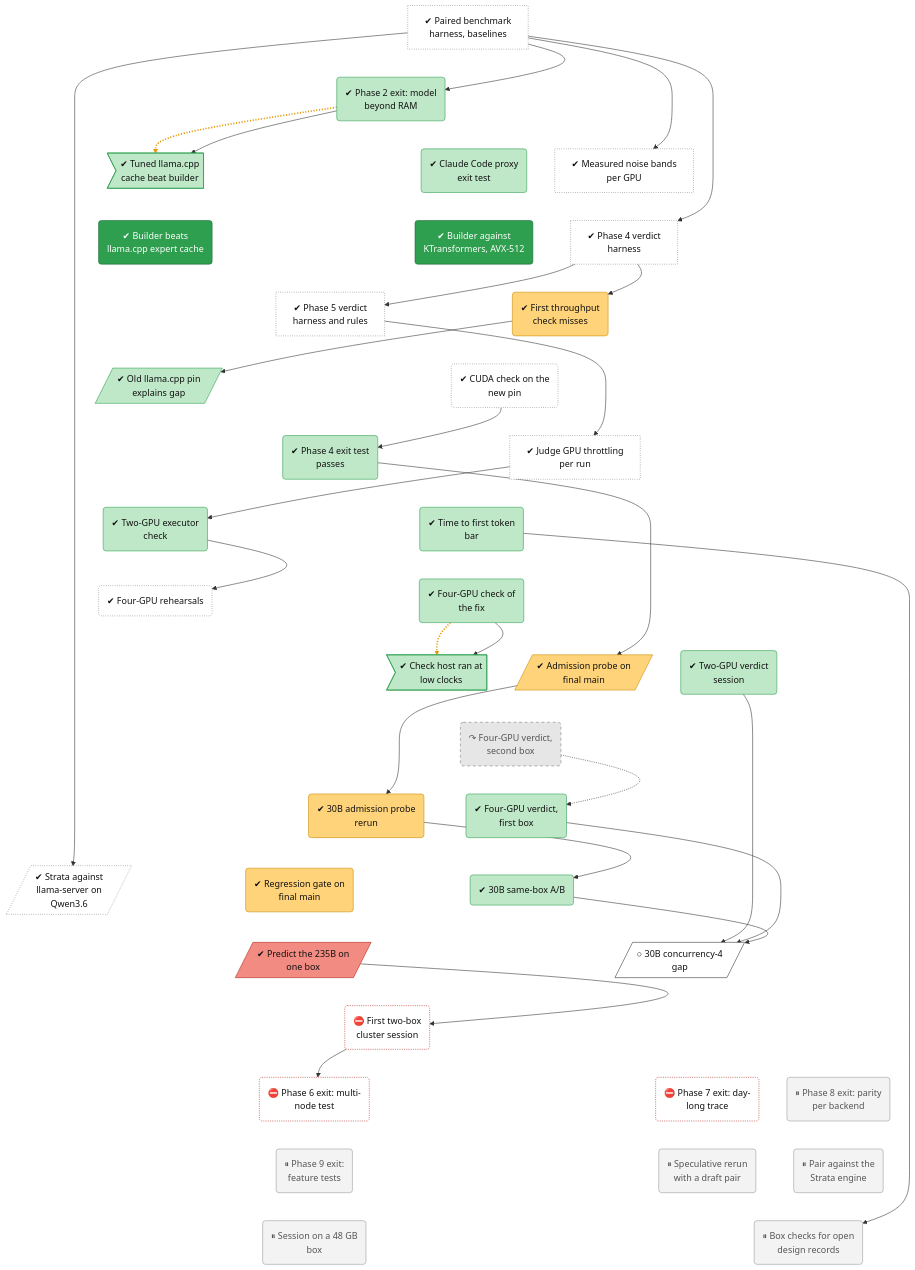
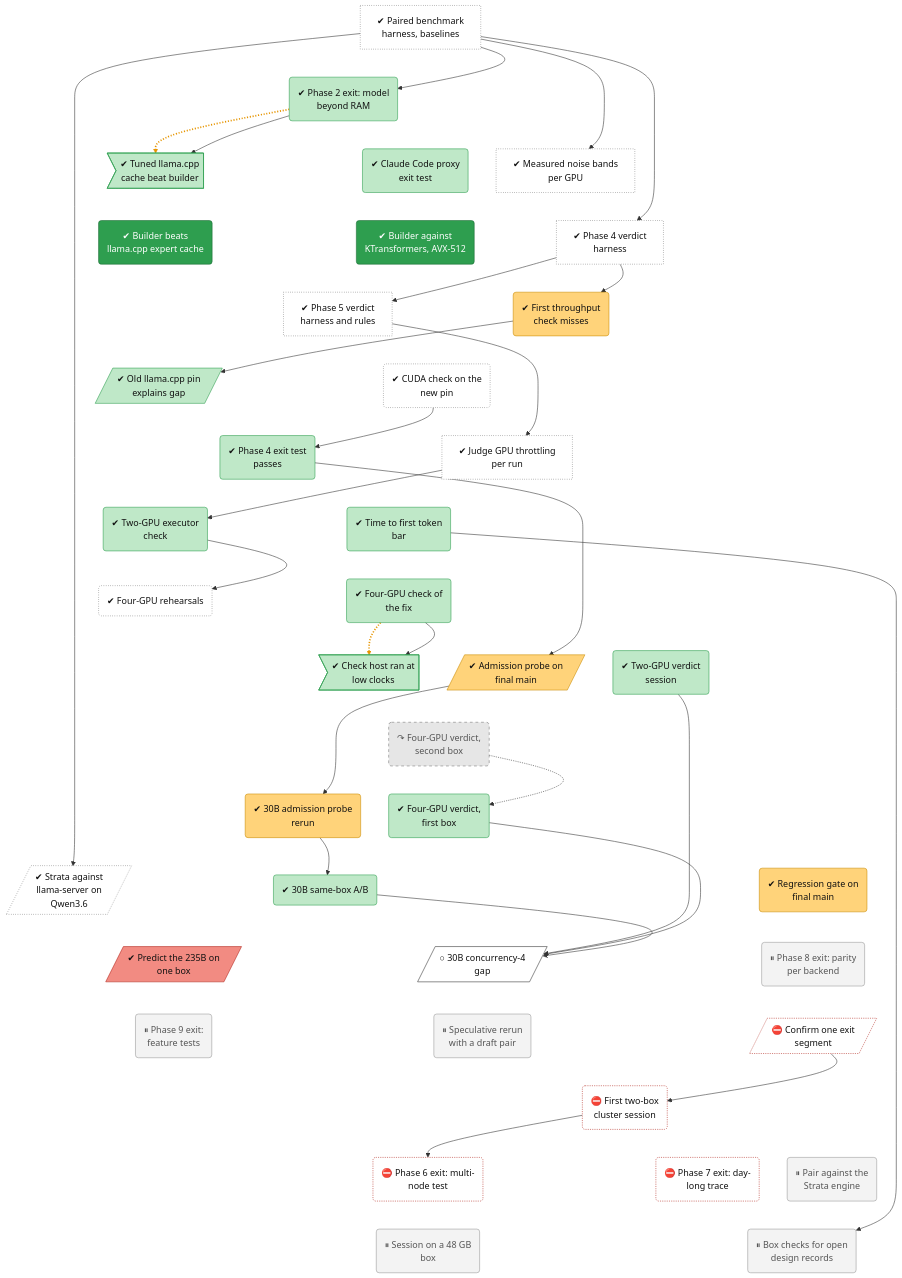
One commit to lhns/tetraeder changed the diagram in docs/roadmap/tracks/bench.md. Above: the diagram before and after it, drawn with Mermaid. The commit also changed other lines of this file and 9 other files, not shown here.

Commit message:
Owner 2026-11-24: the exit prompt's routing trace may price the judged prediction (ADR 0091 answer 6); tree nodes from the prediction diagnosis (node-predict check, RAM tier complement, exit segment harness, cost model 6, one-segment confirmation gating the rehearsal) (not measured)

````diff
--- a/docs/roadmap/tracks/bench.md
+++ b/docs/roadmap/tracks/bench.md
@@ -38,12 +38,13 @@
     bench_regression_gate("✔ Regression gate on<br/>final main")
     bench_235b_stream_predict[/"✔ Predict the 235B on<br/>one box"/]
     bench_30b_c4_gap[/"○ 30B concurrency-4<br/>gap"/]
+    bench_phase8_exit("⏸ Phase 8 exit: parity<br/>per backend")
+    bench_phase9_exit("⏸ Phase 9 exit:<br/>feature tests")
+    bench_spec_rerun("⏸ Speculative rerun<br/>with a draft pair")
+    bench_235b_segment_confirm[/"⛔ Confirm one exit<br/>segment"/]
     bench_phase6_rehearsal("⛔ First two-box<br/>cluster session")
     bench_phase6_exit("⛔ Phase 6 exit: multi-<br/>node test")
     bench_phase7_exit("⛔ Phase 7 exit: day-<br/>long trace")
-    bench_phase8_exit("⏸ Phase 8 exit: parity<br/>per backend")
-    bench_phase9_exit("⏸ Phase 9 exit:<br/>feature tests")
-    bench_spec_rerun("⏸ Speculative rerun<br/>with a draft pair")
     bench_strata_pairing("⏸ Pair against the<br/>Strata engine")
     bench_d1_session("⏸ Session on a 48 GB<br/>box")
     bench_open_records("⏸ Box checks for open<br/>design records")
@@ -78,17 +79,18 @@
     bench_d2a_30b ~~~ bench_regression_gate
     bench_ab30b ~~~ bench_235b_stream_predict
     bench_strata_q36 ~~~ bench_30b_c4_gap
-    bench_regression_gate ~~~ bench_30b_c4_gap
-    bench_235b_stream_predict ~~~ bench_phase6_rehearsal
-    bench_30b_c4_gap ~~~ bench_phase6_rehearsal
+    bench_regression_gate ~~~ bench_phase8_exit
+    bench_235b_stream_predict ~~~ bench_phase9_exit
+    bench_30b_c4_gap ~~~ bench_spec_rerun
+    bench_phase8_exit ~~~ bench_235b_segment_confirm
+    bench_phase9_exit ~~~ bench_phase6_rehearsal
+    bench_spec_rerun ~~~ bench_phase6_rehearsal
+    bench_235b_segment_confirm ~~~ bench_phase6_rehearsal
     bench_phase6_rehearsal ~~~ bench_phase6_exit
     bench_phase6_rehearsal ~~~ bench_phase7_exit
-    bench_phase6_rehearsal ~~~ bench_phase8_exit
-    bench_phase6_exit ~~~ bench_phase9_exit
-    bench_phase7_exit ~~~ bench_spec_rerun
-    bench_phase8_exit ~~~ bench_strata_pairing
-    bench_phase9_exit ~~~ bench_d1_session
-    bench_spec_rerun ~~~ bench_open_records
+    bench_phase6_rehearsal ~~~ bench_strata_pairing
+    bench_phase6_exit ~~~ bench_d1_session
+    bench_phase7_exit ~~~ bench_open_records
     bench_strata_pairing ~~~ bench_open_records
     bench_harness --> bench_phase2_exit
     bench_phase2_exit -.-> bench_defect_tuned_cache
@@ -112,10 +114,10 @@
     bench_v2_verdict --> bench_30b_c4_gap
     bench_v4a_verdict --> bench_30b_c4_gap
     bench_ab30b --> bench_30b_c4_gap
-    bench_235b_stream_predict --> bench_phase6_rehearsal
+    bench_235b_segment_confirm --> bench_phase6_rehearsal
     bench_phase6_rehearsal --> bench_phase6_exit
     bench_ttft --> bench_open_records
-    linkStyle 44,55 stroke:#e69500,stroke-width:3px,stroke-dasharray:2 3
+    linkStyle 45,56 stroke:#e69500,stroke-width:3px,stroke-dasharray:2 3
     classDef vsucc fill:#2e9e4f,stroke:#1b6b34,color:#fff
     classDef succ fill:#bfe8c8,stroke:#2e9e4f,color:#111
     classDef mixed fill:#ffd37a,stroke:#c98a00,color:#111
@@ -137,6 +139,6 @@
     class bench_v4b_verdict dead
     class bench_235b_stream_predict bad
     class bench_30b_c4_gap next
-    class bench_phase6_rehearsal,bench_phase6_exit,bench_phase7_exit blocked
     class bench_phase8_exit,bench_phase9_exit,bench_spec_rerun,bench_strata_pairing,bench_d1_session,bench_open_records parked
+    class bench_235b_segment_confirm,bench_phase6_rehearsal,bench_phase6_exit,bench_phase7_exit blocked
 ```
````
